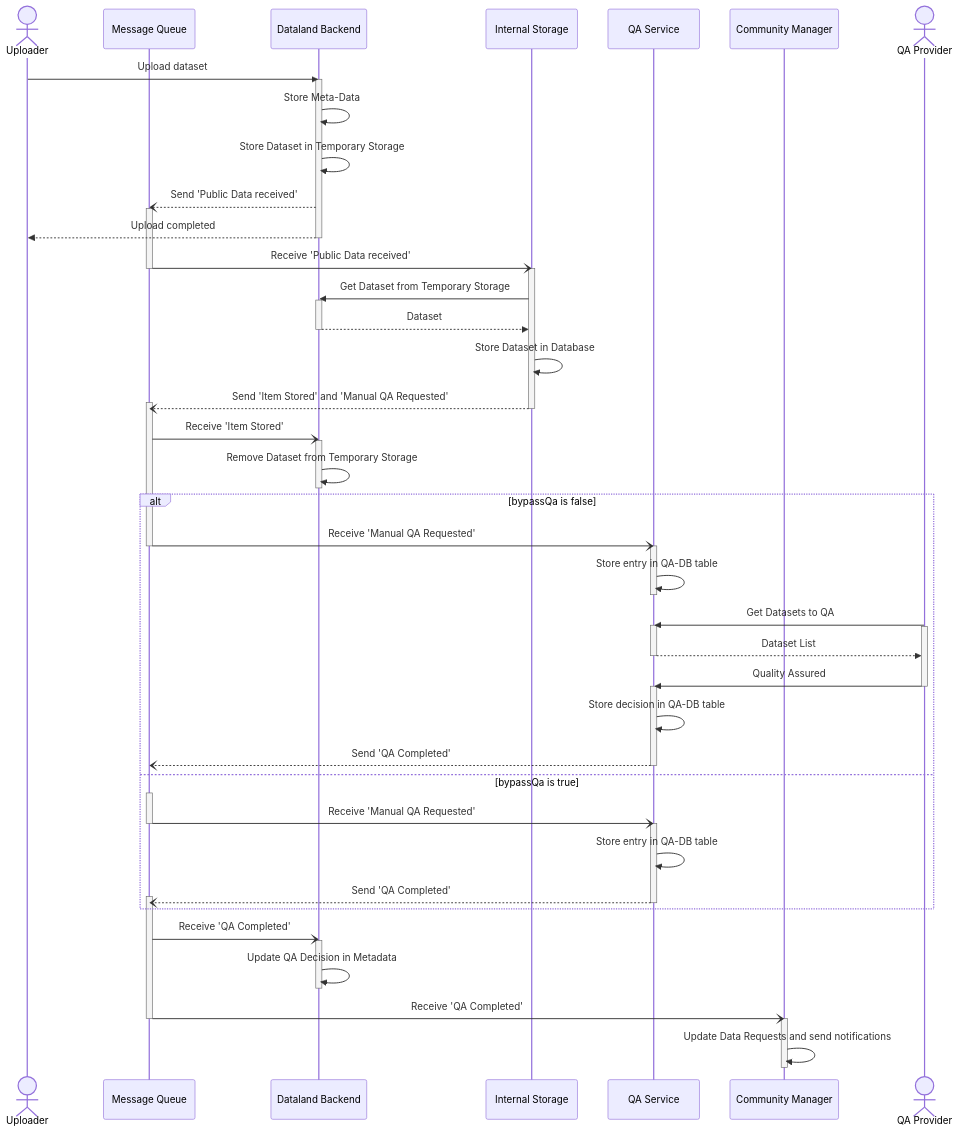
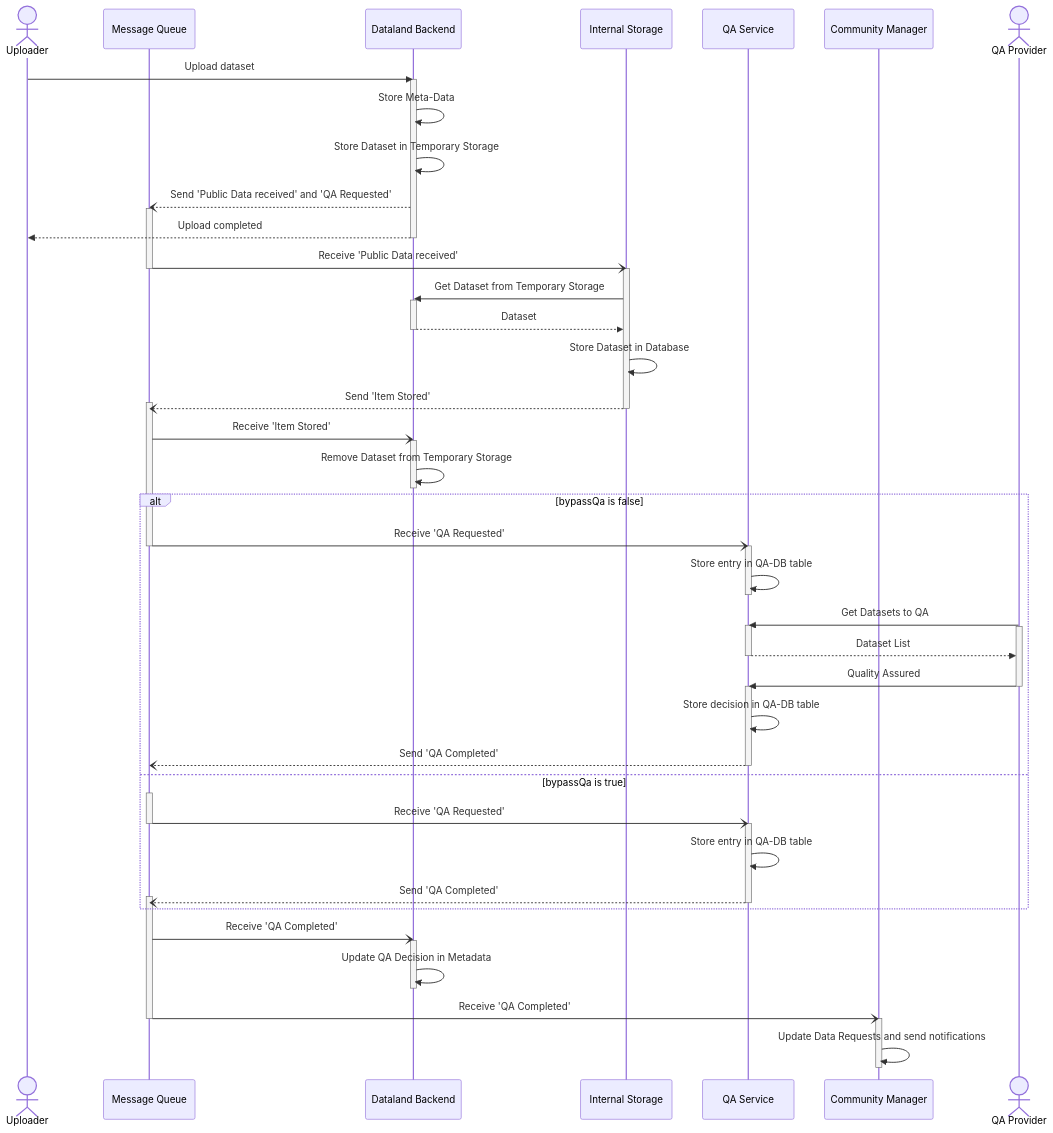
The diagram in documentation/processes/data_upload_and_qa_process.md (d-fine/Dataland), drawn with Mermaid before and after one commit. The commit also changed 1 other file, not shown here.

Commit message:
first adaptations to documentation

````diff
--- a/documentation/processes/data_upload_and_qa_process.md
+++ b/documentation/processes/data_upload_and_qa_process.md
@@ -11,75 +11,77 @@
 ```mermaid
 sequenceDiagram
     actor Uploader
     participant mq as Message Queue
     participant backend as Dataland Backend
     participant storage as Internal Storage
     participant qaService as QA Service
     participant community as Community Manager
     actor qaler as QA Provider
     Uploader ->> backend: Upload dataset
     activate backend
     backend ->> backend: Store Meta-Data
     backend ->> backend: Store Dataset in Temporary Storage
-    backend --) mq: Send 'Public Data received'
+    backend --) mq: Send 'Public Data received' and 'QA Requested'
     activate mq
     backend -->> Uploader: Upload completed
     deactivate backend
     mq -) storage: Receive 'Public Data received'
     deactivate mq
     activate storage
     storage ->> backend: Get Dataset from Temporary Storage
     activate backend
     backend -->> storage: Dataset
     deactivate backend
     storage ->> storage: Store Dataset in Database
-    storage --) mq: Send 'Item Stored' and 'Manual QA Requested'
+    storage --) mq: Send 'Item Stored'
     activate mq
     deactivate storage
+
+
 
     mq -) backend: Receive 'Item Stored'
     activate backend
     backend ->> backend: Remove Dataset from Temporary Storage
     deactivate backend
     alt bypassQa is false
-        mq -) qaService: Receive 'Manual QA Requested'
+        mq -) qaService: Receive 'QA Requested'
         deactivate mq
         activate qaService
         qaService ->> qaService: Store entry in QA-DB table
         deactivate qaService
 
         qaler ->> qaService: Get Datasets to QA
         activate qaService
         activate qaler
         qaService -->> qaler: Dataset List
         deactivate qaService
         qaler ->> qaService: Quality Assured
         deactivate qaler
         activate qaService
         qaService ->> qaService: Store decision in QA-DB table
 
         qaService --) mq: Send 'QA Completed'
         deactivate qaService
 
     else bypassQa is true
         activate mq
-        mq -) qaService: Receive 'Manual QA Requested'
+        mq -) qaService: Receive 'QA Requested'
         deactivate mq
         activate qaService
         qaService ->> qaService: Store entry in QA-DB table
         qaService --) mq: Send 'QA Completed'
         activate mq
         deactivate qaService
     end
 
     mq -) backend: Receive 'QA Completed'
     activate backend
     backend ->> backend: Update QA Decision in Metadata
     deactivate backend
 
     mq -) community: Receive 'QA Completed'
     deactivate mq
     activate community
     community ->> community: Update Data Requests and send notifications
     deactivate community
 ```
````
